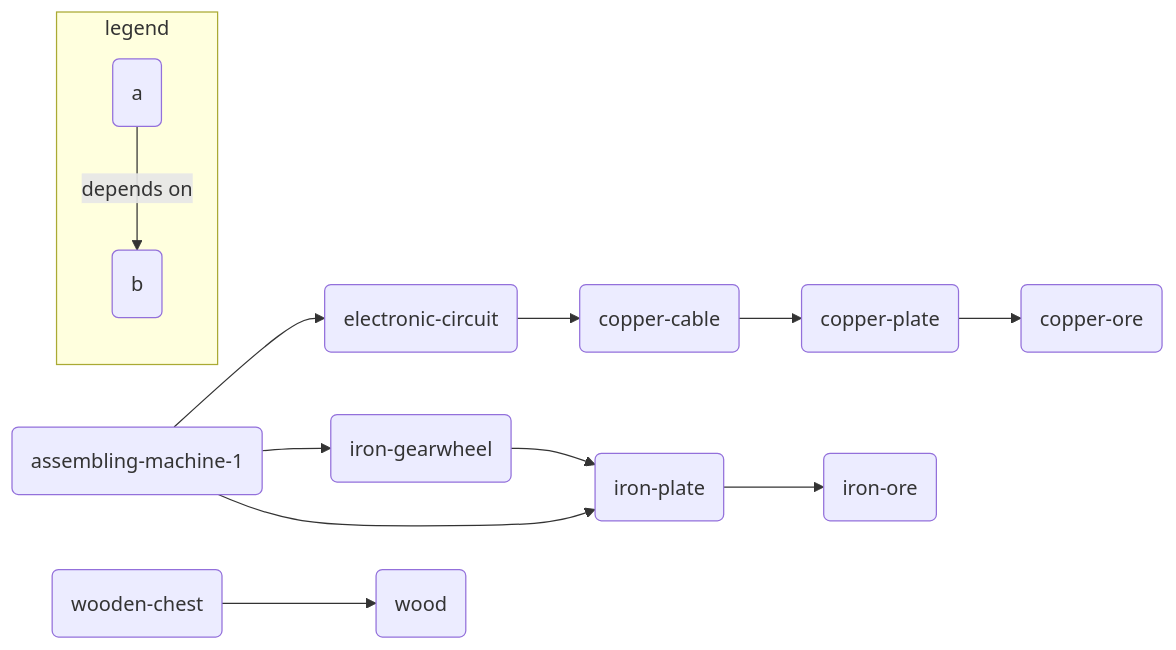
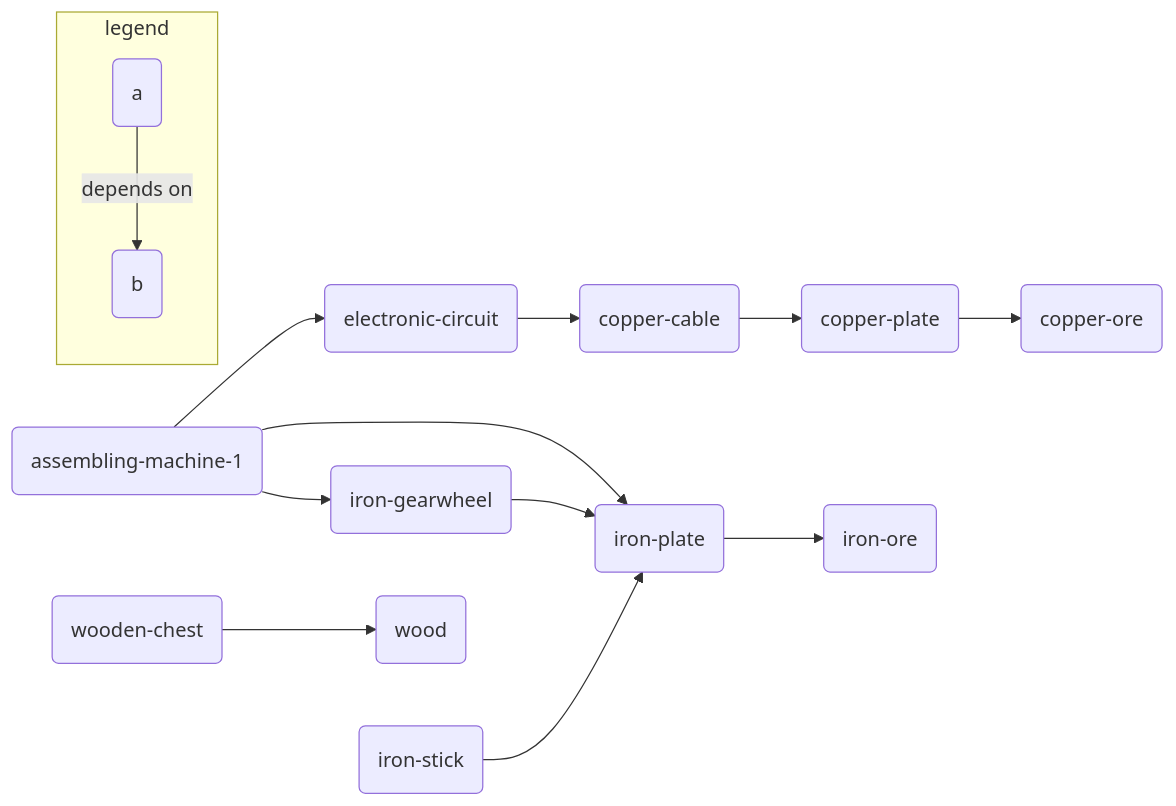
Before and after one commit to jondlm/package-graph: the diagram in README.md, drawn with Mermaid. The commit also changed 4 other files, not shown here.

Commit message:
add iron-stick package

````diff
--- a/README.md
+++ b/README.md
@@ -13,27 +13,29 @@
 ```mermaid
 graph LR
   am1(assembling-machine-1)
   cc(copper-cable)
   co(copper-ore)
   cp(copper-plate)
   ec(electronic-circuit)
   ig(iron-gearwheel)
   io(iron-ore)
   ip(iron-plate)
+  is(iron-stick)
   w(wood)
   wc(wooden-chest)
 
   am1 --> ec
   am1 --> ig
   am1 --> ip
   ig --> ip
   ip --> io
+  is --> ip
   ec --> cc
   cc --> cp
   cp --> co
   wc --> w
 
   subgraph legend
     a(a) --> |depends on| b(b)
   end
 ```
````
